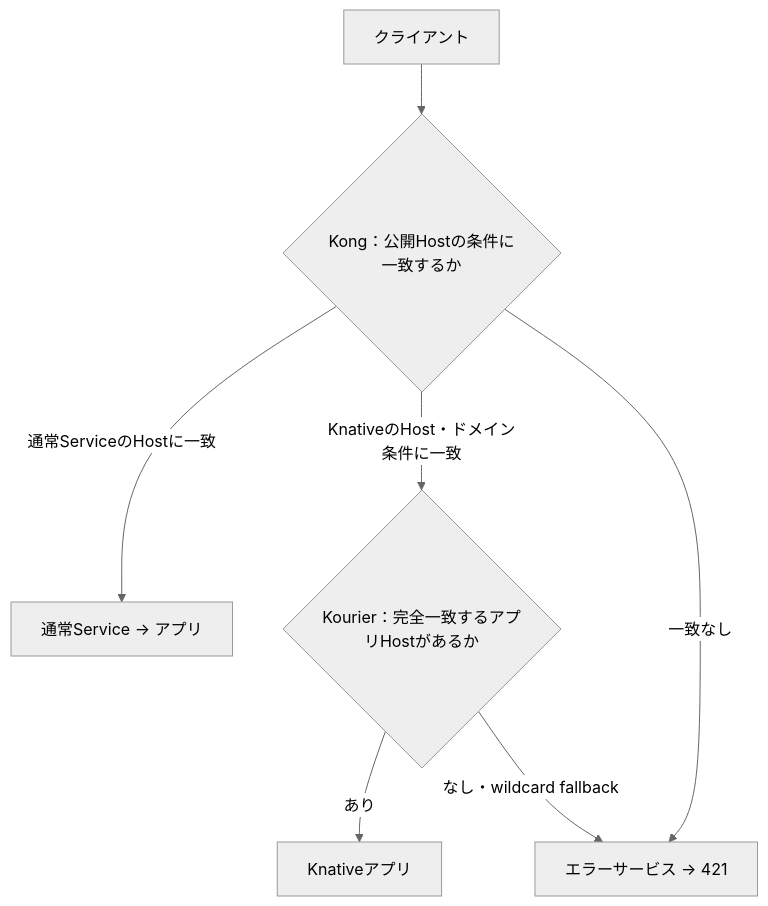
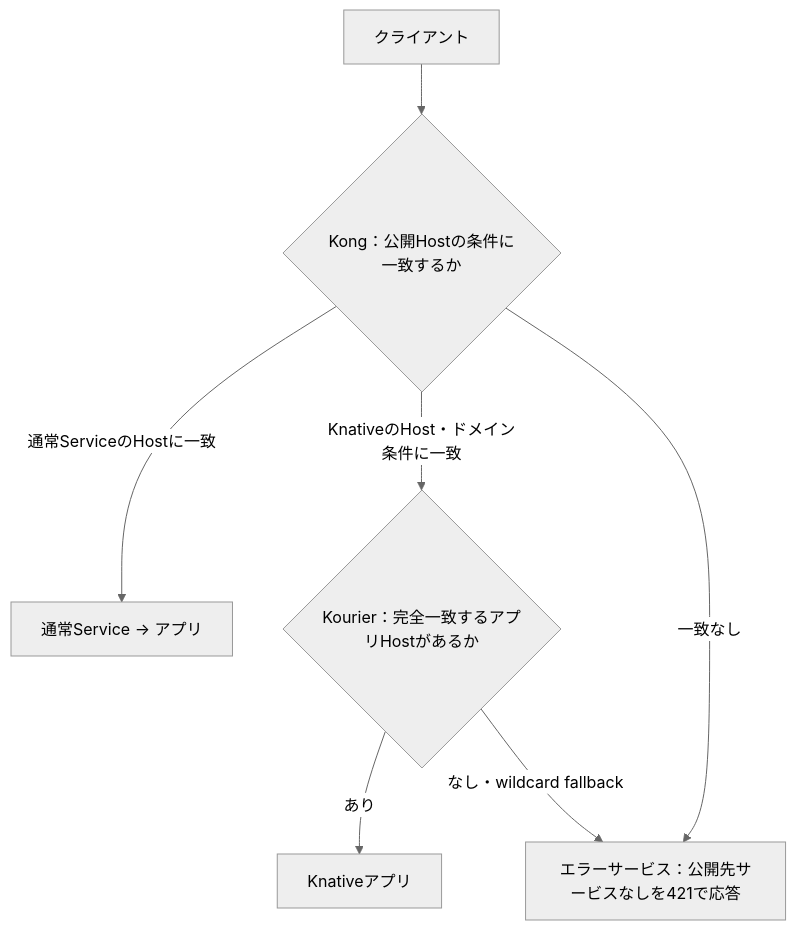
Before and after one commit to sasano8/infra-kubernetes: the first of 2 diagrams in docs/routing-architecture.md, drawn with Mermaid (neutral theme). The commit also changed other lines of this file, not shown here.

Commit message:
Clarify missing published service response in routing diagram

````diff
--- a/docs/routing-architecture.md
+++ b/docs/routing-architecture.md
@@ -10,9 +12,9 @@
 ```mermaid
 flowchart TD
     C[クライアント] --> K{Kong：公開Hostの条件に一致するか}
     K -->|通常ServiceのHostに一致| S[通常Service → アプリ]
     K -->|KnativeのHost・ドメイン条件に一致| Q{Kourier：完全一致するアプリHostがあるか}
-    K -->|一致なし| E[エラーサービス → 421]
+    K -->|一致なし| E[エラーサービス：公開先サービスなしを421で応答]
     Q -->|あり| A[Knativeアプリ]
     Q -->|なし・wildcard fallback| E
 ```
````
